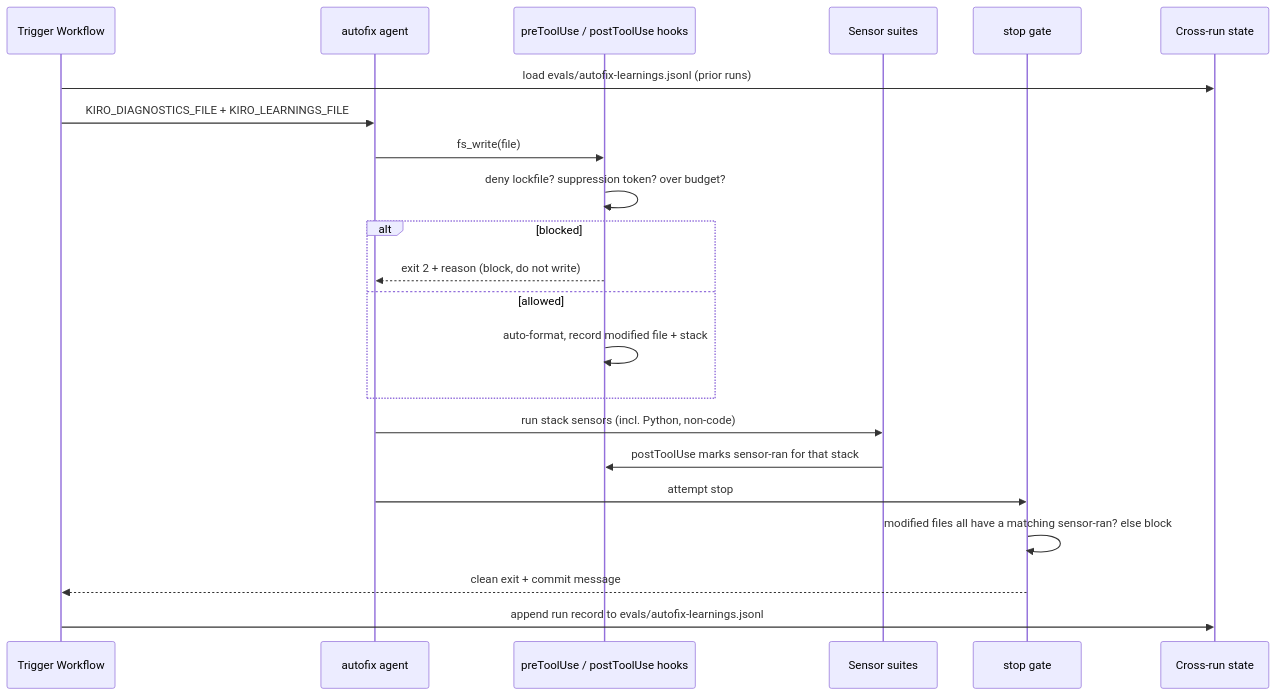
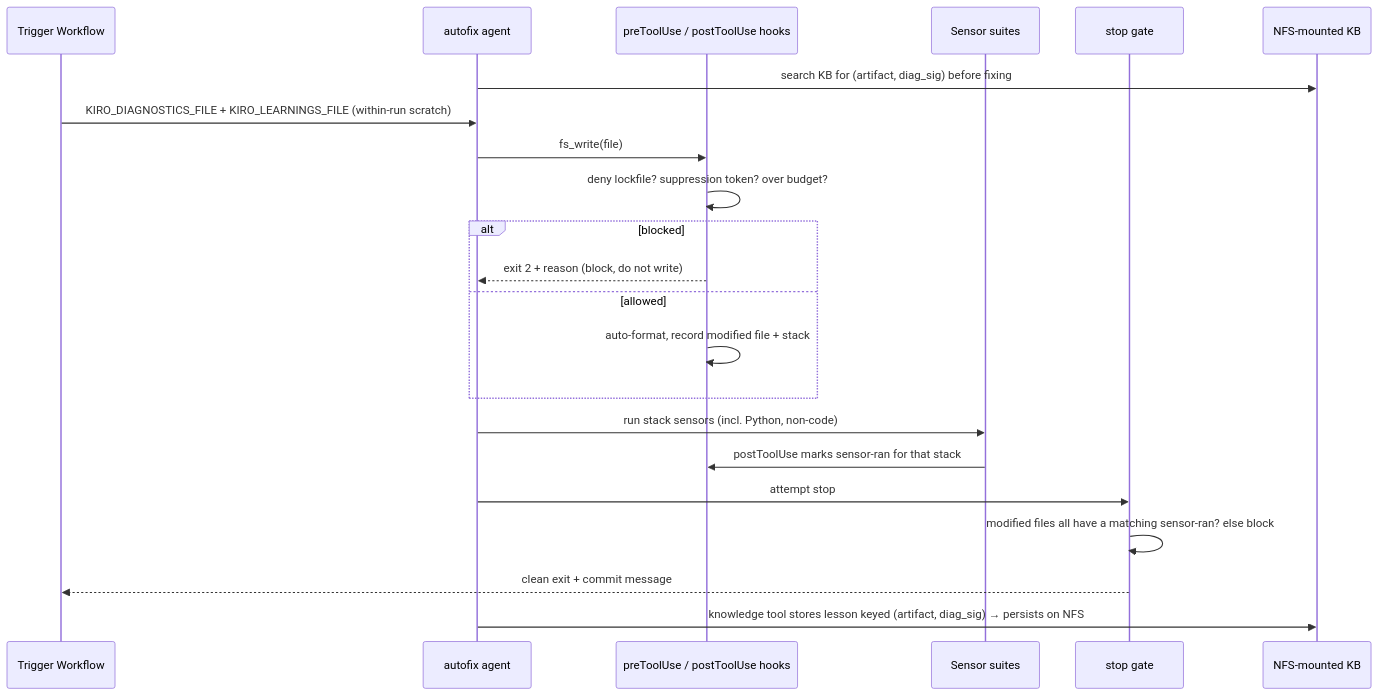
The second of 2 diagrams in .kiro/specs/autofix-harness-expansion/design.md (perezjoseph/Gestion-inmobiliaria), drawn with Mermaid before and after one commit. The commit also changed other lines of this file and 1 other file, not shown here.

First line of the commit message:
docs(specs): clarify autofix harness State subsystem and NFS-backed memory architecture

````diff
--- a/.kiro/specs/autofix-harness-expansion/design.md
+++ b/.kiro/specs/autofix-harness-expansion/design.md
@@ -118,25 +114,25 @@
 ```mermaid
 sequenceDiagram
     participant WF as Trigger Workflow
     participant Agent as autofix agent
     participant Guards as preToolUse / postToolUse hooks
     participant Sensors as Sensor suites
     participant Stop as stop gate
-    participant State as Cross-run state
+    participant State as NFS-mounted KB
 
-    WF->>State: load evals/autofix-learnings.jsonl (prior runs)
-    WF->>Agent: KIRO_DIAGNOSTICS_FILE + KIRO_LEARNINGS_FILE
+    Agent->>State: search KB for (artifact, diag_sig) before fixing
+    WF->>Agent: KIRO_DIAGNOSTICS_FILE + KIRO_LEARNINGS_FILE (within-run scratch)
     Agent->>Guards: fs_write(file)
     Guards->>Guards: deny lockfile? suppression token? over budget?
     alt blocked
         Guards-->>Agent: exit 2 + reason (block, do not write)
     else allowed
         Guards->>Guards: auto-format, record modified file + stack
     end
     Agent->>Sensors: run stack sensors (incl. Python, non-code)
     Sensors->>Guards: postToolUse marks sensor-ran for that stack
     Agent->>Stop: attempt stop
     Stop->>Stop: modified files all have a matching sensor-ran? else block
     Stop-->>WF: clean exit + commit message
-    WF->>State: append run record to evals/autofix-learnings.jsonl
+    Agent->>State: knowledge tool stores lesson keyed (artifact, diag_sig) → persists on NFS
 ```
````
